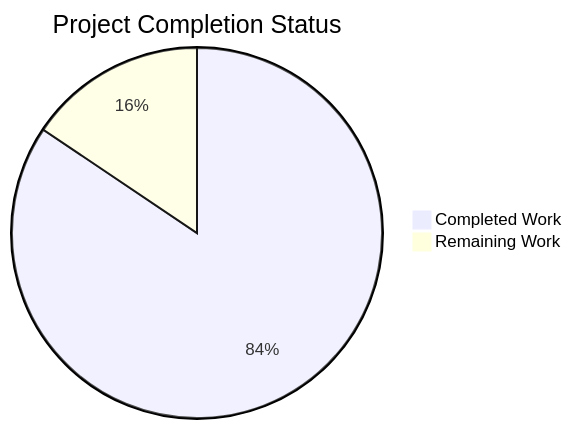
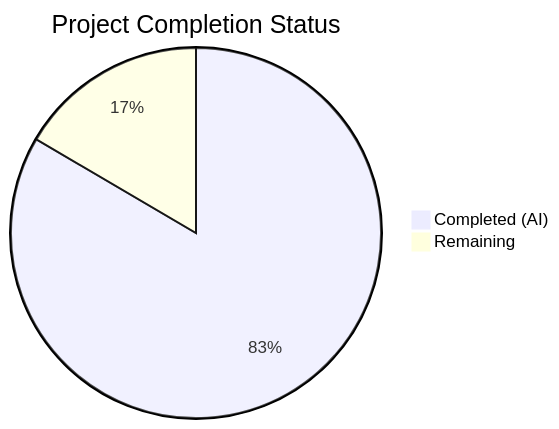
The first of 2 diagrams in blitzy/documentation/Project Guide.md (Blitzy-Sandbox/blitzy-kubernetes), drawn with Mermaid before and after one commit. The commit also changed other lines of this file, not shown here.

Commit message:
Adding Blitzy Project Guide: Project Status and Human Tasks Remaining

````diff
--- a/blitzy/documentation/Project Guide.md
+++ b/blitzy/documentation/Project Guide.md
@@ -22,5 +15,5 @@
 ```mermaid
 pie title Project Completion Status
-    "Completed Work" : 130
-    "Remaining Work" : 24
+    "Completed (AI)" : 136
+    "Remaining" : 27
 ```
````
